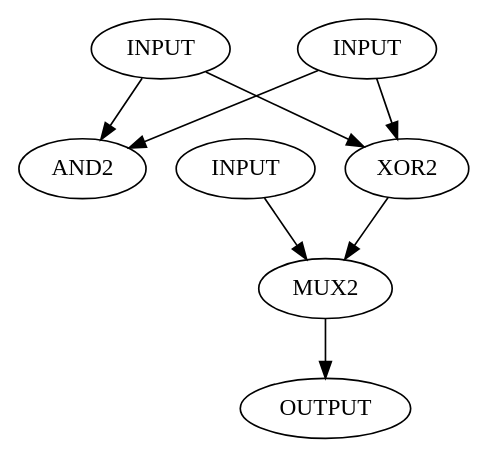
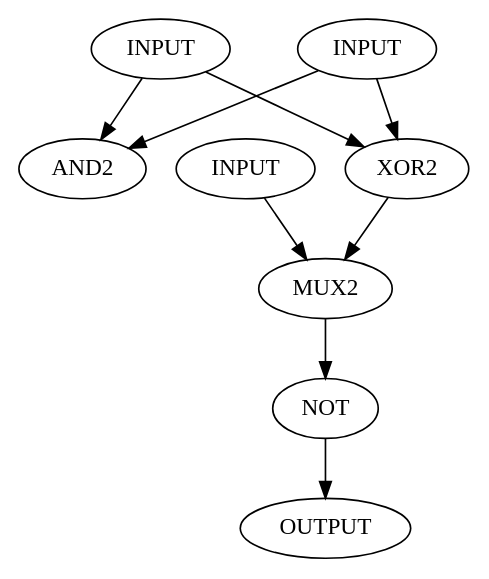
One commit to PML09022000/Projet_phelma changed the diagram in mux.dot. Above: the diagram before and after it, drawn with Graphviz. The commit also changed 6 other files, not shown here.

```diff
--- a/mux.dot
+++ b/mux.dot
@@ -1,18 +1,19 @@
 digraph test {
   I1 [label = "INPUT"];
   I2 [label = "INPUT"];
   I3 [label = "INPUT"];
 
   M1_AND [label = "AND2" ];
   M1_XOR [label = "XOR2" ];
+  M1_NOT [label = "NOT" ];
 
   M1 [label = "MUX2" sel = "M1_AND"];
   O1 [label = "OUTPUT"];
 
   I1 -> M1_AND;
   I2 -> M1_AND;
 
-  I1 -> M1_XOR -> M1 -> O1;
+  I1 -> M1_XOR -> M1 -> M1_NOT -> O1;
   I2 -> M1_XOR;
   I3 -> M1;
 }
```
